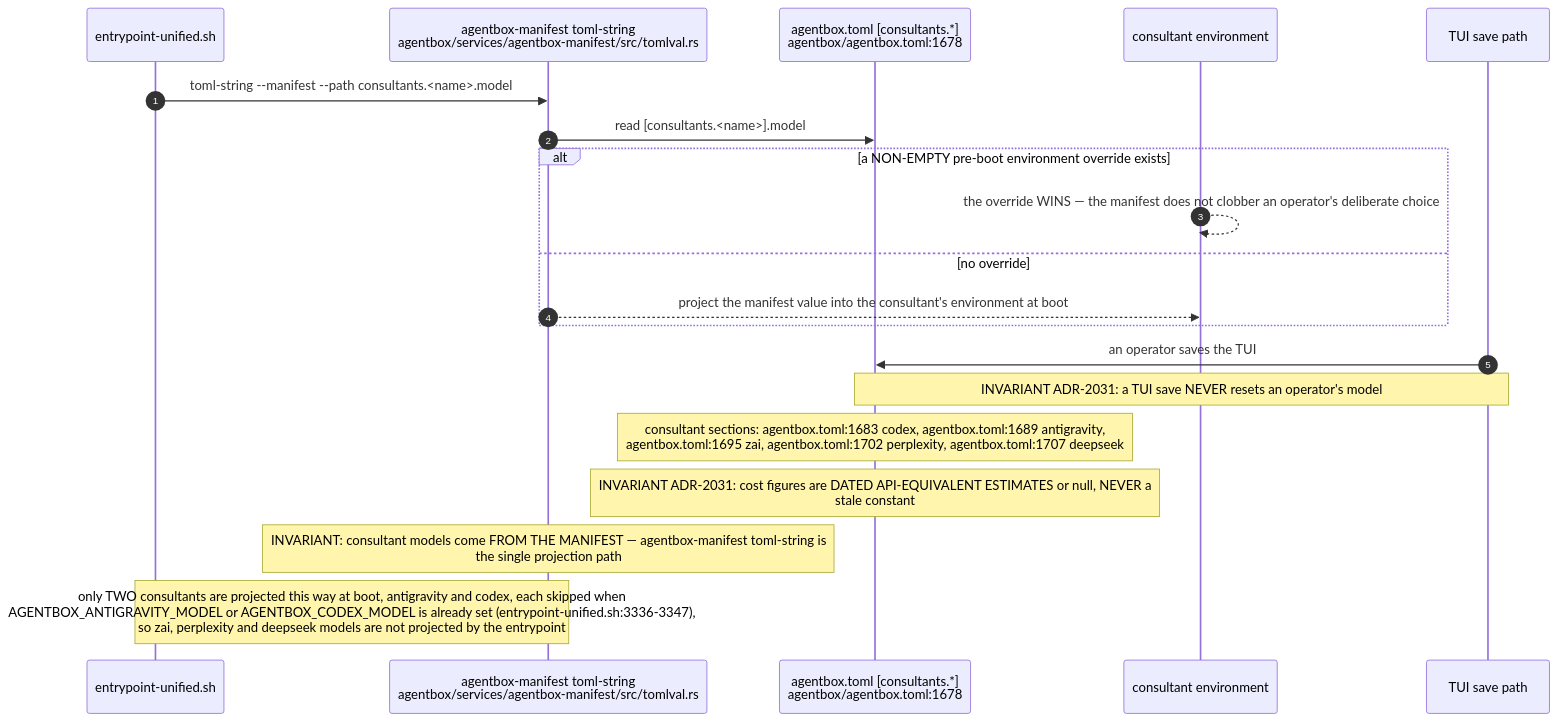
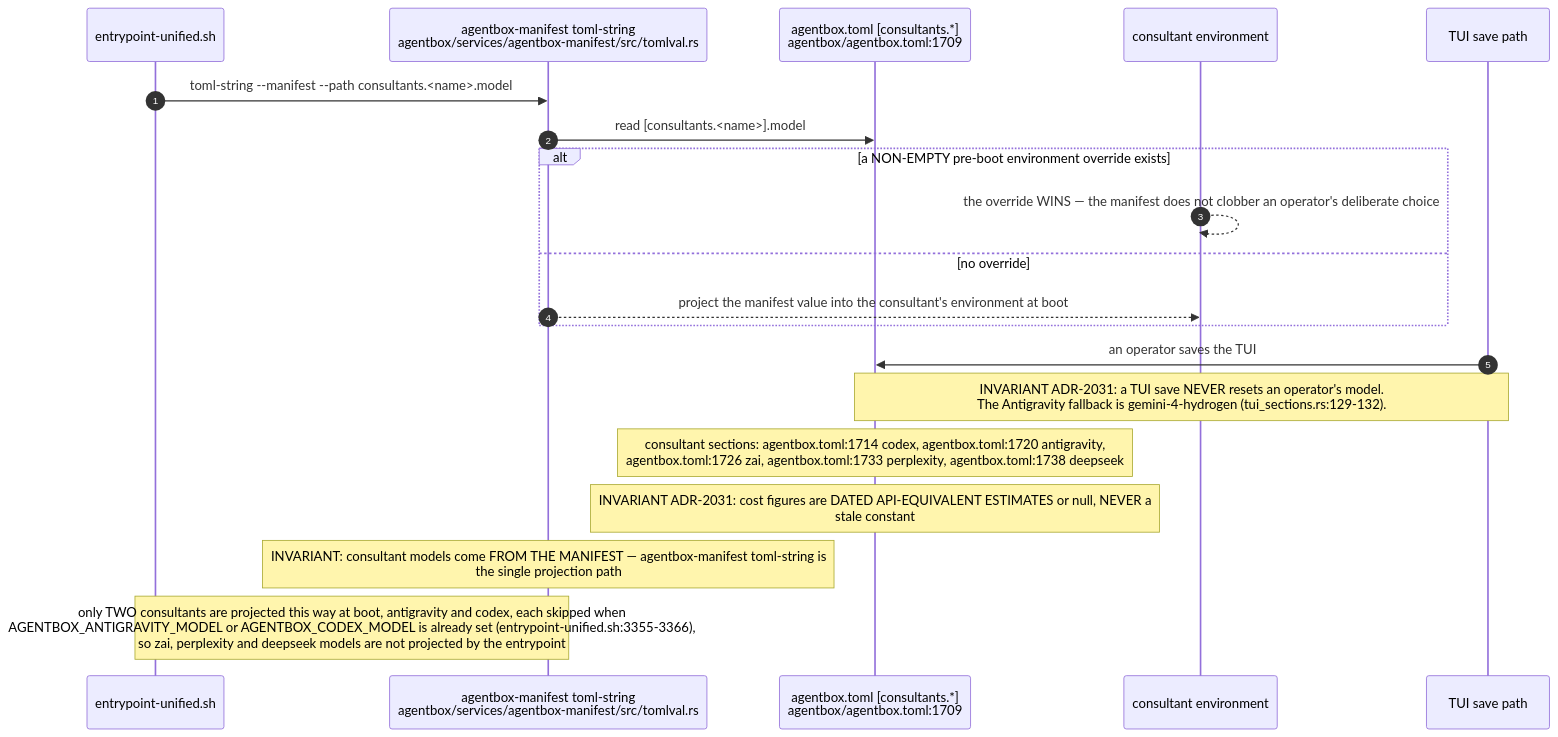
One commit to DreamLab-AI/VisionFlow changed the third of 10 diagrams in docs/diagrams/agentbox/28-agentbox-services-and-manifest-binary.md. Above: the diagram before and after it, drawn with Mermaid. The commit also changed other lines of this file and 5 other files, not shown here.

````diff
--- a/docs/diagrams/agentbox/28-agentbox-services-and-manifest-binary.md
+++ b/docs/diagrams/agentbox/28-agentbox-services-and-manifest-binary.md
@@ -194,23 +195,23 @@
 ```mermaid
 sequenceDiagram
     autonumber
     participant EP as entrypoint-unified.sh
     participant BIN as agentbox-manifest toml-string<br/>agentbox/services/agentbox-manifest/src/tomlval.rs
-    participant TOML as agentbox.toml [consultants.*]<br/>agentbox/agentbox.toml:1678
+    participant TOML as agentbox.toml [consultants.*]<br/>agentbox/agentbox.toml:1709
     participant ENV as consultant environment
     participant TUI as TUI save path
 
     EP->>BIN: toml-string --manifest --path consultants.<name>.model
     BIN->>TOML: read [consultants.<name>].model
     alt a NON-EMPTY pre-boot environment override exists
         ENV-->>ENV: the override WINS — the manifest does not clobber an operator's deliberate choice
     else no override
         BIN-->>ENV: project the manifest value into the consultant's environment at boot
     end
     TUI->>TOML: an operator saves the TUI
-    Note over TUI,TOML: INVARIANT ADR-2031: a TUI save NEVER resets an operator's model
-    Note over TOML: consultant sections: agentbox.toml:1683 codex, agentbox.toml:1689 antigravity,<br/>agentbox.toml:1695 zai, agentbox.toml:1702 perplexity, agentbox.toml:1707 deepseek
+    Note over TUI,TOML: INVARIANT ADR-2031: a TUI save NEVER resets an operator's model.<br/>The Antigravity fallback is gemini-4-hydrogen (tui_sections.rs:129-132).
+    Note over TOML: consultant sections: agentbox.toml:1714 codex, agentbox.toml:1720 antigravity,<br/>agentbox.toml:1726 zai, agentbox.toml:1733 perplexity, agentbox.toml:1738 deepseek
     Note over TOML: INVARIANT ADR-2031: cost figures are DATED API-EQUIVALENT ESTIMATES or null, NEVER a<br/>stale constant
     Note over BIN: INVARIANT: consultant models come FROM THE MANIFEST — agentbox-manifest toml-string is<br/>the single projection path
-    Note over EP,BIN: only TWO consultants are projected this way at boot, antigravity and codex, each skipped when<br/>AGENTBOX_ANTIGRAVITY_MODEL or AGENTBOX_CODEX_MODEL is already set (entrypoint-unified.sh:3336-3347),<br/>so zai, perplexity and deepseek models are not projected by the entrypoint
+    Note over EP,BIN: only TWO consultants are projected this way at boot, antigravity and codex, each skipped when<br/>AGENTBOX_ANTIGRAVITY_MODEL or AGENTBOX_CODEX_MODEL is already set (entrypoint-unified.sh:3355-3366),<br/>so zai, perplexity and deepseek models are not projected by the entrypoint
 ```
````
